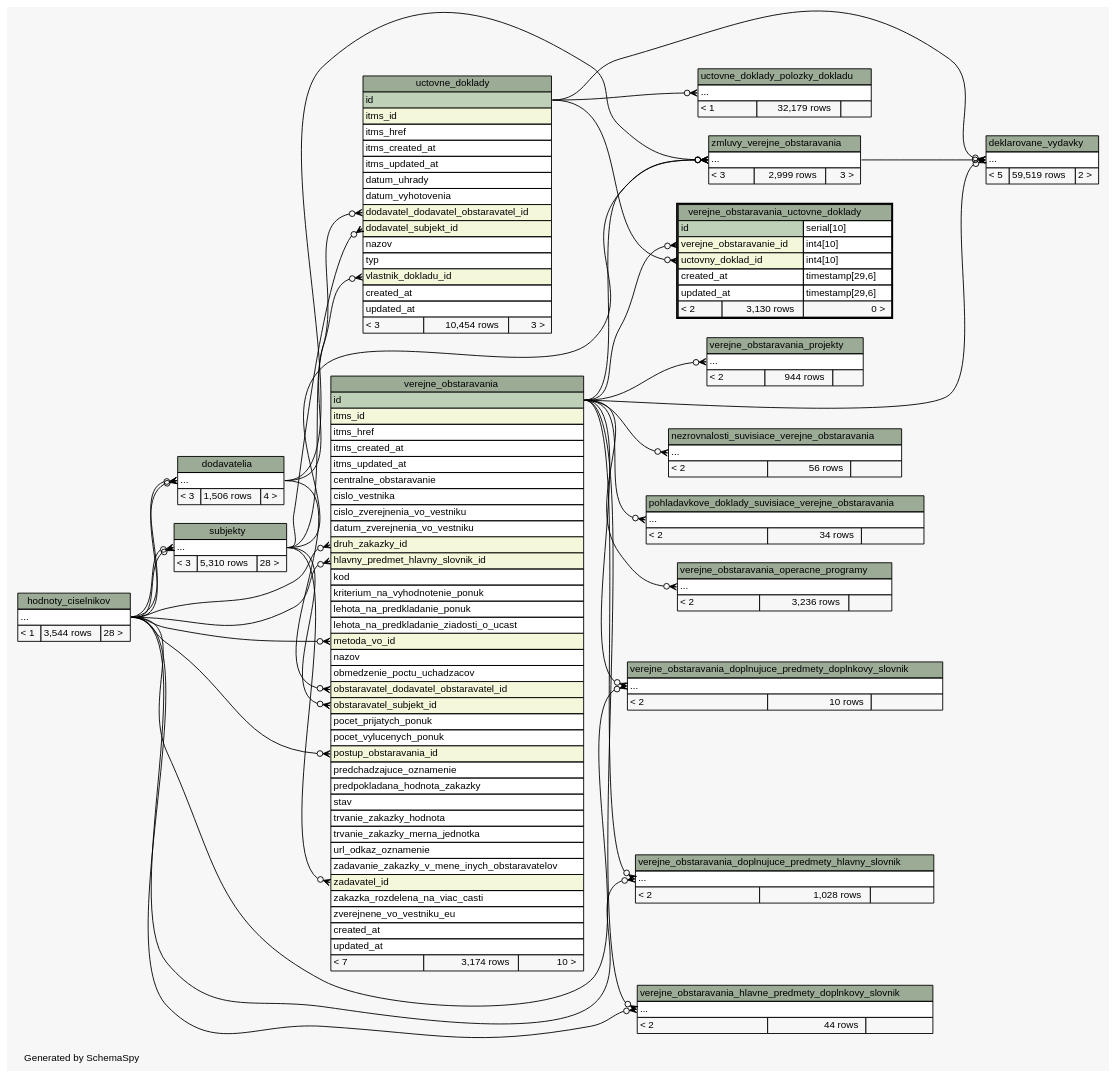
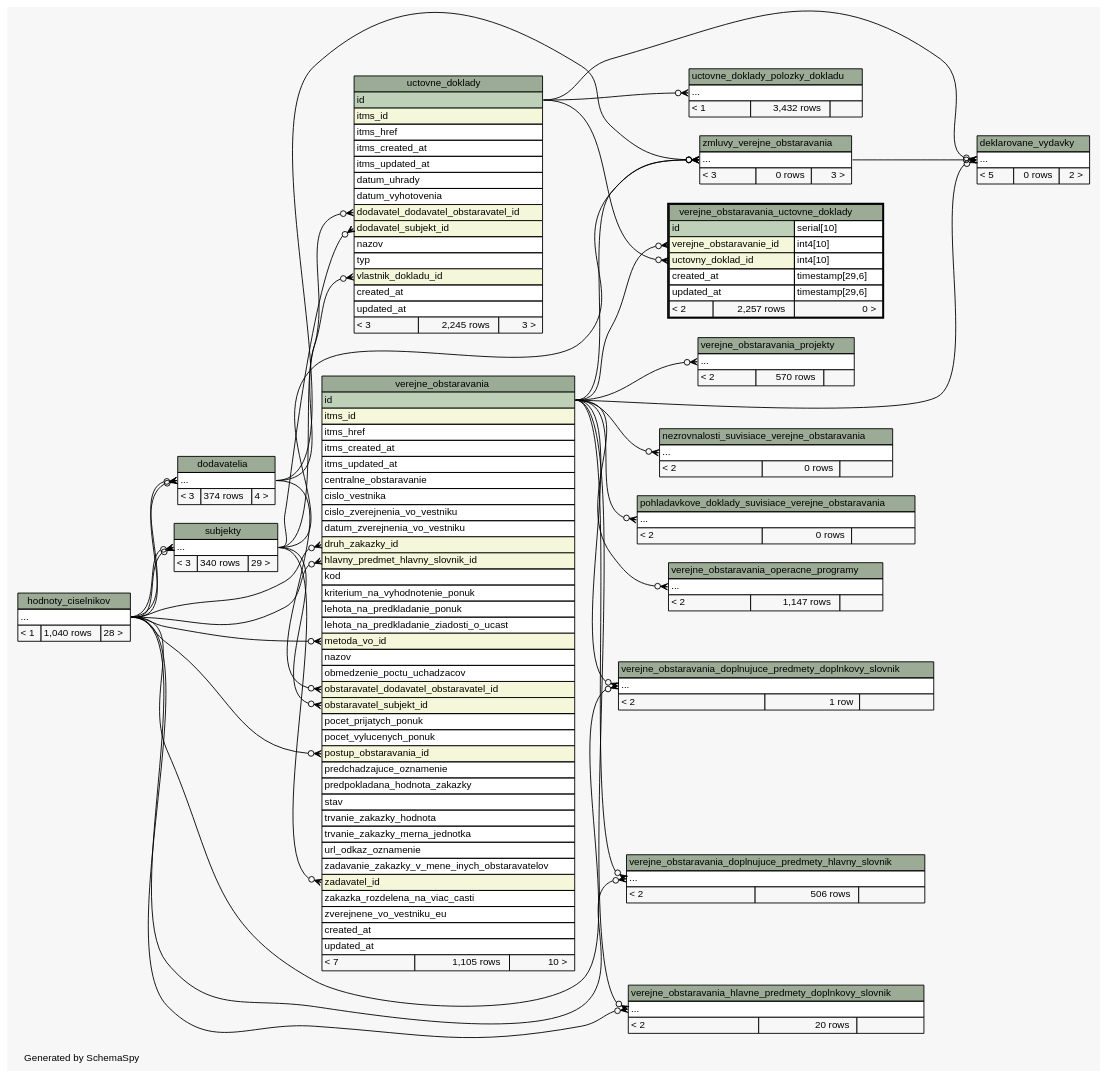
One commit to eronisko/itms_schema changed the diagram in diagrams/verejne_obstaravania_uctovne_doklady.2degrees.dot. Above: the diagram before and after it, drawn with Graphviz. The commit also changed 473 other files, not shown here.

Commit message:
Reload schema data

```diff
--- a/diagrams/verejne_obstaravania_uctovne_doklady.2degrees.dot
+++ b/diagrams/verejne_obstaravania_uctovne_doklady.2degrees.dot
@@ -57,7 +57,7 @@
     <TABLE BORDER="0" CELLBORDER="1" CELLSPACING="0" BGCOLOR="#ffffff">
       <TR><TD COLSPAN="3" BGCOLOR="#9bab96" ALIGN="CENTER">deklarovane_vydavky</TD></TR>
       <TR><TD PORT="elipses" COLSPAN="3" ALIGN="LEFT">...</TD></TR>
-      <TR><TD ALIGN="LEFT" BGCOLOR="#f7f7f7">&lt; 5</TD><TD ALIGN="RIGHT" BGCOLOR="#f7f7f7">59,519 rows</TD><TD ALIGN="RIGHT" BGCOLOR="#f7f7f7">2 &gt;</TD></TR>
+      <TR><TD ALIGN="LEFT" BGCOLOR="#f7f7f7">&lt; 5</TD><TD ALIGN="RIGHT" BGCOLOR="#f7f7f7">0 rows</TD><TD ALIGN="RIGHT" BGCOLOR="#f7f7f7">2 &gt;</TD></TR>
     </TABLE>>
     URL="deklarovane_vydavky.html"
     tooltip="deklarovane_vydavky"
@@ -67,7 +67,7 @@
     <TABLE BORDER="0" CELLBORDER="1" CELLSPACING="0" BGCOLOR="#ffffff">
       <TR><TD COLSPAN="3" BGCOLOR="#9bab96" ALIGN="CENTER">dodavatelia</TD></TR>
       <TR><TD PORT="elipses" COLSPAN="3" ALIGN="LEFT">...</TD></TR>
-      <TR><TD ALIGN="LEFT" BGCOLOR="#f7f7f7">&lt; 3</TD><TD ALIGN="RIGHT" BGCOLOR="#f7f7f7">1,506 rows</TD><TD ALIGN="RIGHT" BGCOLOR="#f7f7f7">4 &gt;</TD></TR>
+      <TR><TD ALIGN="LEFT" BGCOLOR="#f7f7f7">&lt; 3</TD><TD ALIGN="RIGHT" BGCOLOR="#f7f7f7">374 rows</TD><TD ALIGN="RIGHT" BGCOLOR="#f7f7f7">4 &gt;</TD></TR>
     </TABLE>>
     URL="dodavatelia.html"
     tooltip="dodavatelia"
@@ -77,7 +77,7 @@
     <TABLE BORDER="0" CELLBORDER="1" CELLSPACING="0" BGCOLOR="#ffffff">
       <TR><TD COLSPAN="3" BGCOLOR="#9bab96" ALIGN="CENTER">hodnoty_ciselnikov</TD></TR>
       <TR><TD PORT="elipses" COLSPAN="3" ALIGN="LEFT">...</TD></TR>
-      <TR><TD ALIGN="LEFT" BGCOLOR="#f7f7f7">&lt; 1</TD><TD ALIGN="RIGHT" BGCOLOR="#f7f7f7">3,544 rows</TD><TD ALIGN="RIGHT" BGCOLOR="#f7f7f7">28 &gt;</TD></TR>
+      <TR><TD ALIGN="LEFT" BGCOLOR="#f7f7f7">&lt; 1</TD><TD ALIGN="RIGHT" BGCOLOR="#f7f7f7">1,040 rows</TD><TD ALIGN="RIGHT" BGCOLOR="#f7f7f7">28 &gt;</TD></TR>
     </TABLE>>
     URL="hodnoty_ciselnikov.html"
     tooltip="hodnoty_ciselnikov"
@@ -87,7 +87,7 @@
     <TABLE BORDER="0" CELLBORDER="1" CELLSPACING="0" BGCOLOR="#ffffff">
       <TR><TD COLSPAN="3" BGCOLOR="#9bab96" ALIGN="CENTER">nezrovnalosti_suvisiace_verejne_obstaravania</TD></TR>
       <TR><TD PORT="elipses" COLSPAN="3" ALIGN="LEFT">...</TD></TR>
-      <TR><TD ALIGN="LEFT" BGCOLOR="#f7f7f7">&lt; 2</TD><TD ALIGN="RIGHT" BGCOLOR="#f7f7f7">56 rows</TD><TD ALIGN="RIGHT" BGCOLOR="#f7f7f7">  </TD></TR>
+      <TR><TD ALIGN="LEFT" BGCOLOR="#f7f7f7">&lt; 2</TD><TD ALIGN="RIGHT" BGCOLOR="#f7f7f7">0 rows</TD><TD ALIGN="RIGHT" BGCOLOR="#f7f7f7">  </TD></TR>
     </TABLE>>
     URL="nezrovnalosti_suvisiace_verejne_obstaravania.html"
     tooltip="nezrovnalosti_suvisiace_verejne_obstaravania"
@@ -97,7 +97,7 @@
     <TABLE BORDER="0" CELLBORDER="1" CELLSPACING="0" BGCOLOR="#ffffff">
       <TR><TD COLSPAN="3" BGCOLOR="#9bab96" ALIGN="CENTER">pohladavkove_doklady_suvisiace_verejne_obstaravania</TD></TR>
       <TR><TD PORT="elipses" COLSPAN="3" ALIGN="LEFT">...</TD></TR>
-      <TR><TD ALIGN="LEFT" BGCOLOR="#f7f7f7">&lt; 2</TD><TD ALIGN="RIGHT" BGCOLOR="#f7f7f7">34 rows</TD><TD ALIGN="RIGHT" BGCOLOR="#f7f7f7">  </TD></TR>
+      <TR><TD ALIGN="LEFT" BGCOLOR="#f7f7f7">&lt; 2</TD><TD ALIGN="RIGHT" BGCOLOR="#f7f7f7">0 rows</TD><TD ALIGN="RIGHT" BGCOLOR="#f7f7f7">  </TD></TR>
     </TABLE>>
     URL="pohladavkove_doklady_suvisiace_verejne_obstaravania.html"
     tooltip="pohladavkove_doklady_suvisiace_verejne_obstaravania"
@@ -107,7 +107,7 @@
     <TABLE BORDER="0" CELLBORDER="1" CELLSPACING="0" BGCOLOR="#ffffff">
       <TR><TD COLSPAN="3" BGCOLOR="#9bab96" ALIGN="CENTER">subjekty</TD></TR>
       <TR><TD PORT="elipses" COLSPAN="3" ALIGN="LEFT">...</TD></TR>
-      <TR><TD ALIGN="LEFT" BGCOLOR="#f7f7f7">&lt; 3</TD><TD ALIGN="RIGHT" BGCOLOR="#f7f7f7">5,310 rows</TD><TD ALIGN="RIGHT" BGCOLOR="#f7f7f7">28 &gt;</TD></TR>
+      <TR><TD ALIGN="LEFT" BGCOLOR="#f7f7f7">&lt; 3</TD><TD ALIGN="RIGHT" BGCOLOR="#f7f7f7">340 rows</TD><TD ALIGN="RIGHT" BGCOLOR="#f7f7f7">29 &gt;</TD></TR>
     </TABLE>>
     URL="subjekty.html"
     tooltip="subjekty"
@@ -130,7 +130,7 @@
       <TR><TD PORT="vlastnik_dokladu_id" COLSPAN="3" BGCOLOR="#f4f7da" ALIGN="LEFT">vlastnik_dokladu_id</TD></TR>
       <TR><TD PORT="created_at" COLSPAN="3" ALIGN="LEFT">created_at</TD></TR>
       <TR><TD PORT="updated_at" COLSPAN="3" ALIGN="LEFT">updated_at</TD></TR>
-      <TR><TD ALIGN="LEFT" BGCOLOR="#f7f7f7">&lt; 3</TD><TD ALIGN="RIGHT" BGCOLOR="#f7f7f7">10,454 rows</TD><TD ALIGN="RIGHT" BGCOLOR="#f7f7f7">3 &gt;</TD></TR>
+      <TR><TD ALIGN="LEFT" BGCOLOR="#f7f7f7">&lt; 3</TD><TD ALIGN="RIGHT" BGCOLOR="#f7f7f7">2,245 rows</TD><TD ALIGN="RIGHT" BGCOLOR="#f7f7f7">3 &gt;</TD></TR>
     </TABLE>>
     URL="uctovne_doklady.html"
     tooltip="uctovne_doklady"
@@ -140,7 +140,7 @@
     <TABLE BORDER="0" CELLBORDER="1" CELLSPACING="0" BGCOLOR="#ffffff">
       <TR><TD COLSPAN="3" BGCOLOR="#9bab96" ALIGN="CENTER">uctovne_doklady_polozky_dokladu</TD></TR>
       <TR><TD PORT="elipses" COLSPAN="3" ALIGN="LEFT">...</TD></TR>
-      <TR><TD ALIGN="LEFT" BGCOLOR="#f7f7f7">&lt; 1</TD><TD ALIGN="RIGHT" BGCOLOR="#f7f7f7">32,179 rows</TD><TD ALIGN="RIGHT" BGCOLOR="#f7f7f7">  </TD></TR>
+      <TR><TD ALIGN="LEFT" BGCOLOR="#f7f7f7">&lt; 1</TD><TD ALIGN="RIGHT" BGCOLOR="#f7f7f7">3,432 rows</TD><TD ALIGN="RIGHT" BGCOLOR="#f7f7f7">  </TD></TR>
     </TABLE>>
     URL="uctovne_doklady_polozky_dokladu.html"
     tooltip="uctovne_doklady_polozky_dokladu"
@@ -184,7 +184,7 @@
       <TR><TD PORT="zverejnene_vo_vestniku_eu" COLSPAN="3" ALIGN="LEFT">zverejnene_vo_vestniku_eu</TD></TR>
       <TR><TD PORT="created_at" COLSPAN="3" ALIGN="LEFT">created_at</TD></TR>
       <TR><TD PORT="updated_at" COLSPAN="3" ALIGN="LEFT">updated_at</TD></TR>
-      <TR><TD ALIGN="LEFT" BGCOLOR="#f7f7f7">&lt; 7</TD><TD ALIGN="RIGHT" BGCOLOR="#f7f7f7">3,174 rows</TD><TD ALIGN="RIGHT" BGCOLOR="#f7f7f7">10 &gt;</TD></TR>
+      <TR><TD ALIGN="LEFT" BGCOLOR="#f7f7f7">&lt; 7</TD><TD ALIGN="RIGHT" BGCOLOR="#f7f7f7">1,105 rows</TD><TD ALIGN="RIGHT" BGCOLOR="#f7f7f7">10 &gt;</TD></TR>
     </TABLE>>
     URL="verejne_obstaravania.html"
     tooltip="verejne_obstaravania"
@@ -194,7 +194,7 @@
     <TABLE BORDER="0" CELLBORDER="1" CELLSPACING="0" BGCOLOR="#ffffff">
       <TR><TD COLSPAN="3" BGCOLOR="#9bab96" ALIGN="CENTER">verejne_obstaravania_doplnujuce_predmety_doplnkovy_slovnik</TD></TR>
       <TR><TD PORT="elipses" COLSPAN="3" ALIGN="LEFT">...</TD></TR>
-      <TR><TD ALIGN="LEFT" BGCOLOR="#f7f7f7">&lt; 2</TD><TD ALIGN="RIGHT" BGCOLOR="#f7f7f7">10 rows</TD><TD ALIGN="RIGHT" BGCOLOR="#f7f7f7">  </TD></TR>
+      <TR><TD ALIGN="LEFT" BGCOLOR="#f7f7f7">&lt; 2</TD><TD ALIGN="RIGHT" BGCOLOR="#f7f7f7">1 row</TD><TD ALIGN="RIGHT" BGCOLOR="#f7f7f7">  </TD></TR>
     </TABLE>>
     URL="verejne_obstaravania_doplnujuce_predmety_doplnkovy_slovnik.html"
     tooltip="verejne_obstaravania_doplnujuce_predmety_doplnkovy_slovnik"
@@ -204,7 +204,7 @@
     <TABLE BORDER="0" CELLBORDER="1" CELLSPACING="0" BGCOLOR="#ffffff">
       <TR><TD COLSPAN="3" BGCOLOR="#9bab96" ALIGN="CENTER">verejne_obstaravania_doplnujuce_predmety_hlavny_slovnik</TD></TR>
       <TR><TD PORT="elipses" COLSPAN="3" ALIGN="LEFT">...</TD></TR>
-      <TR><TD ALIGN="LEFT" BGCOLOR="#f7f7f7">&lt; 2</TD><TD ALIGN="RIGHT" BGCOLOR="#f7f7f7">1,028 rows</TD><TD ALIGN="RIGHT" BGCOLOR="#f7f7f7">  </TD></TR>
+      <TR><TD ALIGN="LEFT" BGCOLOR="#f7f7f7">&lt; 2</TD><TD ALIGN="RIGHT" BGCOLOR="#f7f7f7">506 rows</TD><TD ALIGN="RIGHT" BGCOLOR="#f7f7f7">  </TD></TR>
     </TABLE>>
     URL="verejne_obstaravania_doplnujuce_predmety_hlavny_slovnik.html"
     tooltip="verejne_obstaravania_doplnujuce_predmety_hlavny_slovnik"
@@ -214,7 +214,7 @@
     <TABLE BORDER="0" CELLBORDER="1" CELLSPACING="0" BGCOLOR="#ffffff">
       <TR><TD COLSPAN="3" BGCOLOR="#9bab96" ALIGN="CENTER">verejne_obstaravania_hlavne_predmety_doplnkovy_slovnik</TD></TR>
       <TR><TD PORT="elipses" COLSPAN="3" ALIGN="LEFT">...</TD></TR>
-      <TR><TD ALIGN="LEFT" BGCOLOR="#f7f7f7">&lt; 2</TD><TD ALIGN="RIGHT" BGCOLOR="#f7f7f7">44 rows</TD><TD ALIGN="RIGHT" BGCOLOR="#f7f7f7">  </TD></TR>
+      <TR><TD ALIGN="LEFT" BGCOLOR="#f7f7f7">&lt; 2</TD><TD ALIGN="RIGHT" BGCOLOR="#f7f7f7">20 rows</TD><TD ALIGN="RIGHT" BGCOLOR="#f7f7f7">  </TD></TR>
     </TABLE>>
     URL="verejne_obstaravania_hlavne_predmety_doplnkovy_slovnik.html"
     tooltip="verejne_obstaravania_hlavne_predmety_doplnkovy_slovnik"
@@ -224,7 +224,7 @@
     <TABLE BORDER="0" CELLBORDER="1" CELLSPACING="0" BGCOLOR="#ffffff">
       <TR><TD COLSPAN="3" BGCOLOR="#9bab96" ALIGN="CENTER">verejne_obstaravania_operacne_programy</TD></TR>
       <TR><TD PORT="elipses" COLSPAN="3" ALIGN="LEFT">...</TD></TR>
-      <TR><TD ALIGN="LEFT" BGCOLOR="#f7f7f7">&lt; 2</TD><TD ALIGN="RIGHT" BGCOLOR="#f7f7f7">3,236 rows</TD><TD ALIGN="RIGHT" BGCOLOR="#f7f7f7">  </TD></TR>
+      <TR><TD ALIGN="LEFT" BGCOLOR="#f7f7f7">&lt; 2</TD><TD ALIGN="RIGHT" BGCOLOR="#f7f7f7">1,147 rows</TD><TD ALIGN="RIGHT" BGCOLOR="#f7f7f7">  </TD></TR>
     </TABLE>>
     URL="verejne_obstaravania_operacne_programy.html"
     tooltip="verejne_obstaravania_operacne_programy"
@@ -234,7 +234,7 @@
     <TABLE BORDER="0" CELLBORDER="1" CELLSPACING="0" BGCOLOR="#ffffff">
       <TR><TD COLSPAN="3" BGCOLOR="#9bab96" ALIGN="CENTER">verejne_obstaravania_projekty</TD></TR>
       <TR><TD PORT="elipses" COLSPAN="3" ALIGN="LEFT">...</TD></TR>
-      <TR><TD ALIGN="LEFT" BGCOLOR="#f7f7f7">&lt; 2</TD><TD ALIGN="RIGHT" BGCOLOR="#f7f7f7">944 rows</TD><TD ALIGN="RIGHT" BGCOLOR="#f7f7f7">  </TD></TR>
+      <TR><TD ALIGN="LEFT" BGCOLOR="#f7f7f7">&lt; 2</TD><TD ALIGN="RIGHT" BGCOLOR="#f7f7f7">570 rows</TD><TD ALIGN="RIGHT" BGCOLOR="#f7f7f7">  </TD></TR>
     </TABLE>>
     URL="verejne_obstaravania_projekty.html"
     tooltip="verejne_obstaravania_projekty"
@@ -248,7 +248,7 @@
       <TR><TD PORT="uctovny_doklad_id" COLSPAN="2" BGCOLOR="#f4f7da" ALIGN="LEFT">uctovny_doklad_id</TD><TD PORT="uctovny_doklad_id.type" ALIGN="LEFT">int4[10]</TD></TR>
       <TR><TD PORT="created_at" COLSPAN="2" ALIGN="LEFT">created_at</TD><TD PORT="created_at.type" ALIGN="LEFT">timestamp[29,6]</TD></TR>
       <TR><TD PORT="updated_at" COLSPAN="2" ALIGN="LEFT">updated_at</TD><TD PORT="updated_at.type" ALIGN="LEFT">timestamp[29,6]</TD></TR>
-      <TR><TD ALIGN="LEFT" BGCOLOR="#f7f7f7">&lt; 2</TD><TD ALIGN="RIGHT" BGCOLOR="#f7f7f7">3,130 rows</TD><TD ALIGN="RIGHT" BGCOLOR="#f7f7f7">0 &gt;</TD></TR>
+      <TR><TD ALIGN="LEFT" BGCOLOR="#f7f7f7">&lt; 2</TD><TD ALIGN="RIGHT" BGCOLOR="#f7f7f7">2,257 rows</TD><TD ALIGN="RIGHT" BGCOLOR="#f7f7f7">0 &gt;</TD></TR>
     </TABLE>>
     URL="verejne_obstaravania_uctovne_doklady.html"
     tooltip="verejne_obstaravania_uctovne_doklady"
@@ -258,7 +258,7 @@
     <TABLE BORDER="0" CELLBORDER="1" CELLSPACING="0" BGCOLOR="#ffffff">
       <TR><TD COLSPAN="3" BGCOLOR="#9bab96" ALIGN="CENTER">zmluvy_verejne_obstaravania</TD></TR>
       <TR><TD PORT="elipses" COLSPAN="3" ALIGN="LEFT">...</TD></TR>
-      <TR><TD ALIGN="LEFT" BGCOLOR="#f7f7f7">&lt; 3</TD><TD ALIGN="RIGHT" BGCOLOR="#f7f7f7">2,999 rows</TD><TD ALIGN="RIGHT" BGCOLOR="#f7f7f7">3 &gt;</TD></TR>
+      <TR><TD ALIGN="LEFT" BGCOLOR="#f7f7f7">&lt; 3</TD><TD ALIGN="RIGHT" BGCOLOR="#f7f7f7">0 rows</TD><TD ALIGN="RIGHT" BGCOLOR="#f7f7f7">3 &gt;</TD></TR>
     </TABLE>>
     URL="zmluvy_verejne_obstaravania.html"
     tooltip="zmluvy_verejne_obstaravania"
```
